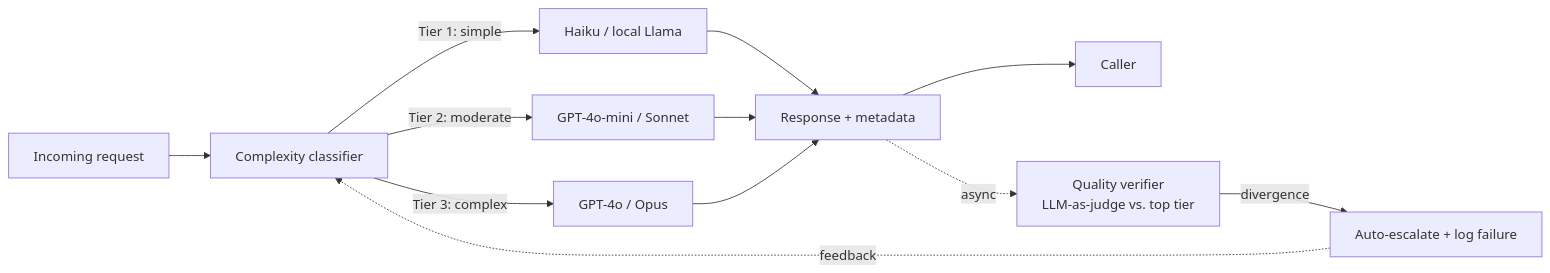
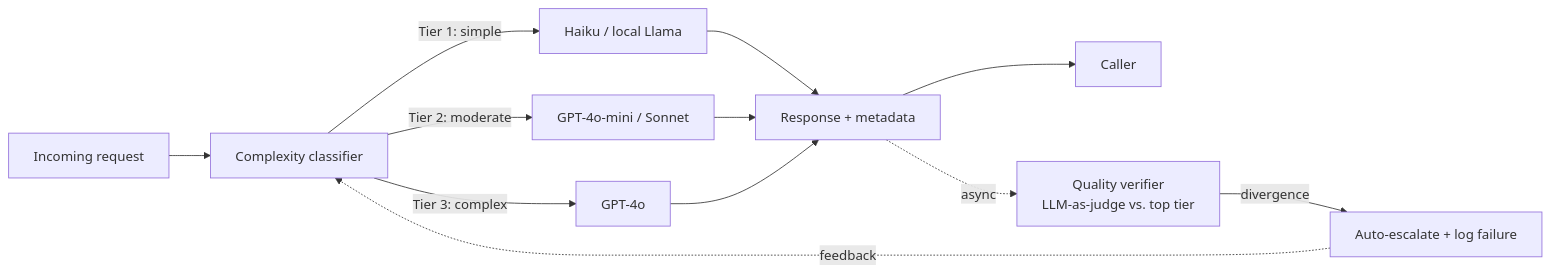
Before and after one commit to SihanZhan/llm-cost-autopilot: the diagram in README.md, drawn with Mermaid. The commit also changed other lines of this file and 8 other files, not shown here.

````diff
--- a/README.md
+++ b/README.md
@@ -20,14 +20,14 @@
 ```mermaid
 flowchart LR
     req[Incoming request] --> clf[Complexity classifier]
     clf -->|Tier 1: simple| cheap[Haiku / local Llama]
     clf -->|Tier 2: moderate| mid[GPT-4o-mini / Sonnet]
-    clf -->|Tier 3: complex| top[GPT-4o / Opus]
+    clf -->|Tier 3: complex| top[GPT-4o]
     cheap --> resp[Response + metadata]
     mid --> resp
     top --> resp
     resp --> user[Caller]
     resp -.async.-> verify[Quality verifier<br/>LLM-as-judge vs. top tier]
     verify -->|divergence| esc[Auto-escalate + log failure]
     esc -.feedback.-> clf
 ```
````
